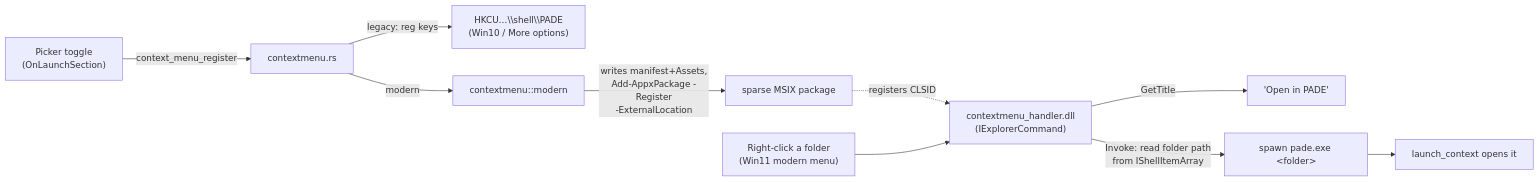
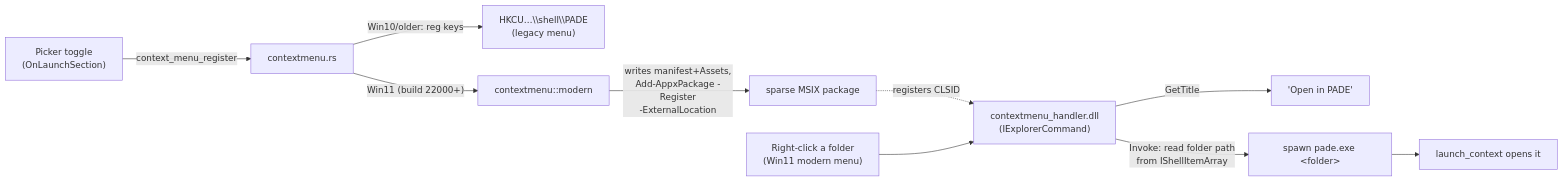
The sixth of 6 diagrams in ARCHITECTURE.md (avi12/pade), drawn with Mermaid before and after one commit. The commit also changed other lines of this file and 2 other files, not shown here.

Commit message:
fix(contextmenu): register one menu per Windows version, never both
"Open in PADE" was registered in both the legacy registry menu and the Windows 11
modern menu, so on Win11 it showed in the new menu and again under "Show more
options". Register only the version-appropriate menu: the modern packaged handler
on Win11 (build 22000+, detected from the registry), the legacy keys on Win10 and
older. Unregister still clears both (tolerant of an absent one), and the
Developer-Mode error no longer claims a legacy fallback was added.

````diff
--- a/ARCHITECTURE.md
+++ b/ARCHITECTURE.md
@@ -323,13 +323,13 @@
 ```mermaid
 flowchart LR
   toggle["Picker toggle\n(OnLaunchSection)"] -->|context_menu_register| cm["contextmenu.rs"]
-  cm -->|legacy: reg keys| legacy["HKCU…\\shell\\PADE\n(Win10 / More options)"]
-  cm -->|modern| modernmod["contextmenu::modern"]
+  cm -->|"Win10/older: reg keys"| legacy["HKCU…\\shell\\PADE\n(legacy menu)"]
+  cm -->|"Win11 (build 22000+)"| modernmod["contextmenu::modern"]
   modernmod -->|writes manifest+Assets,\nAdd-AppxPackage -Register\n-ExternalLocation| pkg["sparse MSIX package"]
   pkg -.registers CLSID.-> dll["contextmenu_handler.dll\n(IExplorerCommand)"]
 
   rc["Right-click a folder\n(Win11 modern menu)"] --> dll
   dll -->|GetTitle| title["'Open in PADE'"]
   dll -->|Invoke: read folder path\nfrom IShellItemArray| spawn["spawn pade.exe &lt;folder&gt;"]
   spawn --> lc["launch_context opens it"]
 ```
````
